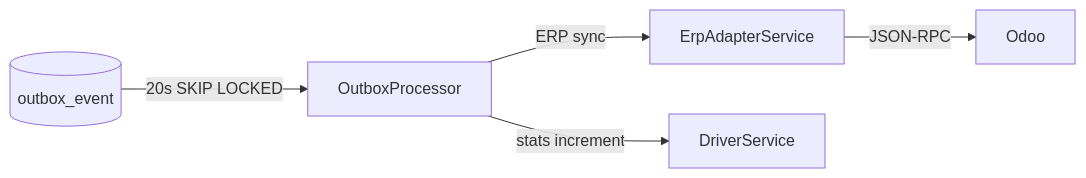
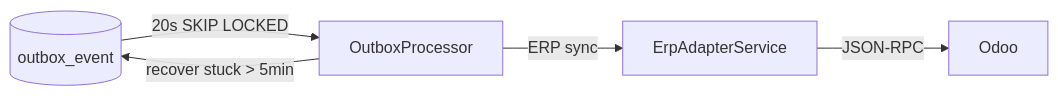
The third of 7 diagrams in docs/01-global-architecture.md (Moaziz667/asm-track), drawn with Mermaid before and after one commit. The commit also changed other lines of this file and 27 other files, not shown here.

````diff
--- a/docs/01-global-architecture.md
+++ b/docs/01-global-architecture.md
@@ -76,7 +76,7 @@
 ```mermaid
 flowchart LR
     OB[(outbox_event)] -->|20s SKIP LOCKED| OP[OutboxProcessor]
+    OP -->|recover stuck > 5min| OB
     OP -->|ERP sync| EA[ErpAdapterService]
-    OP -->|stats increment| DS[DriverService]
     EA -->|JSON-RPC| OD[Odoo]
 ```
````
